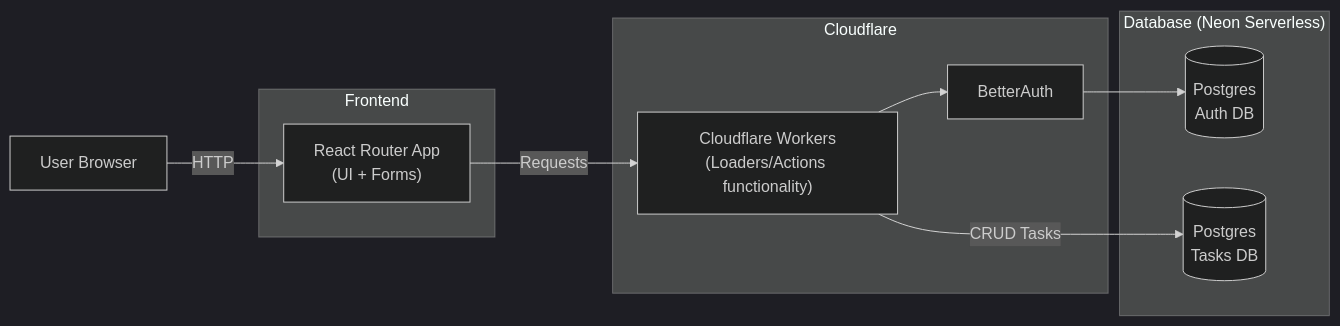
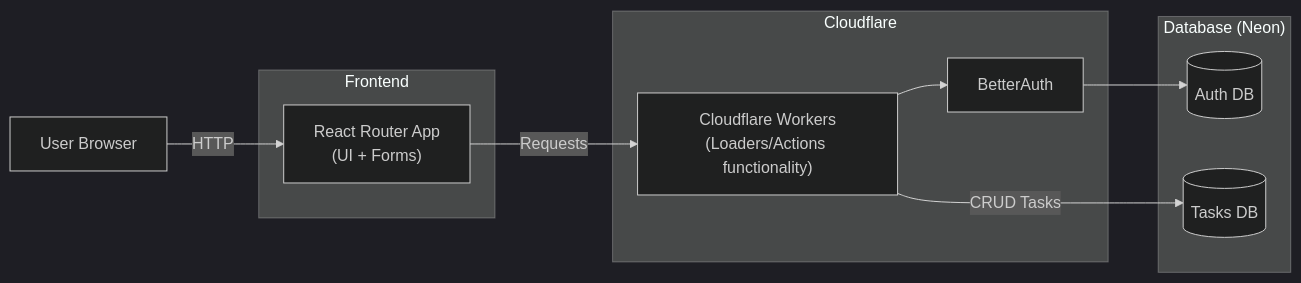
The diagram in README.md (sahil-kabir/StoryTellers-ai-Onboarding), drawn with Mermaid (dark theme) before and after one commit. The commit also changed other lines of this file, not shown here.

````diff
--- a/README.md
+++ b/README.md
@@ -3,26 +3,26 @@
 ```mermaid
 flowchart LR
     User[User Browser]
 
     subgraph Frontend
         RR["React Router App<br/>(UI + Forms)"]
     end
 
     subgraph Cloudflare
         CFW["Cloudflare Workers<br/>(Loaders/Actions functionality)"]
         BA["BetterAuth"]
     end
 
-    subgraph Database ["Database (Neon Serverless)"]
-        AuthDB[("Postgres<br/>Auth DB")]
-        TasksDB[("Postgres<br/>Tasks DB")]
+    subgraph Database ["Database (Neon)"]
+        AuthDB[("Auth DB")]
+        TasksDB[("Tasks DB")]
     end
 
     User -->|HTTP| RR
     RR -->|Requests| CFW
 
     CFW --> BA
     BA --> AuthDB
 
     CFW -->|CRUD Tasks| TasksDB
 ```
````
